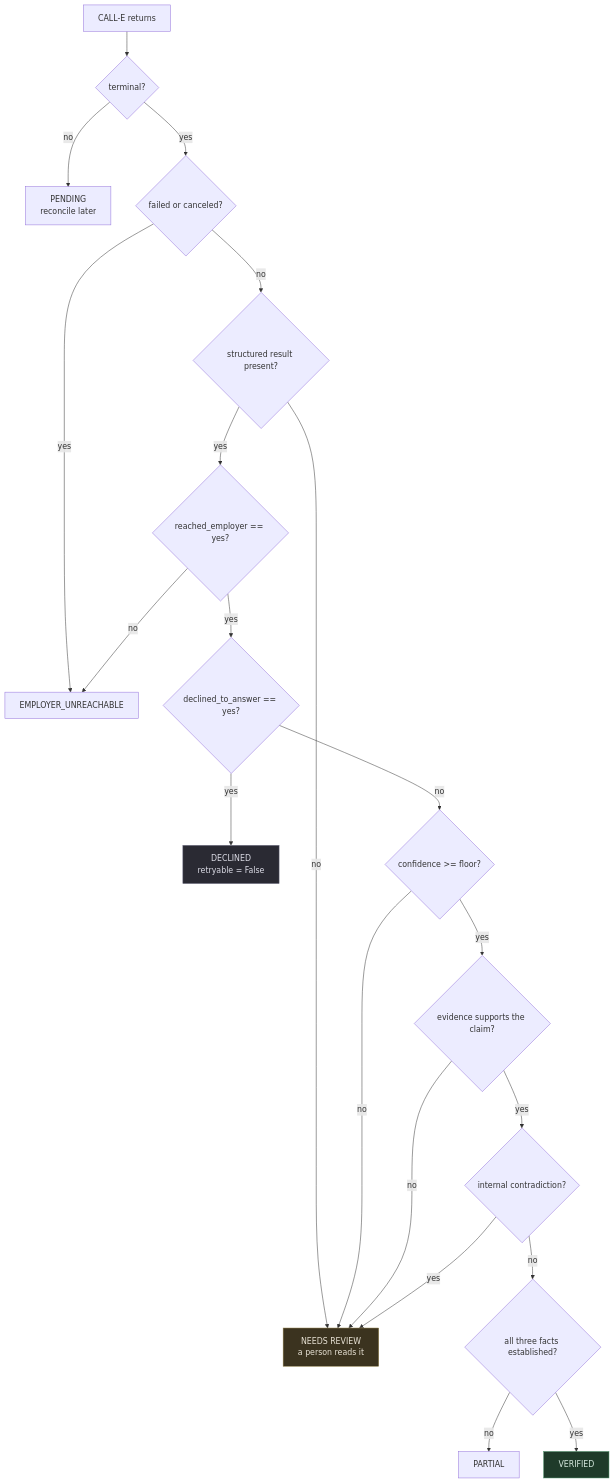
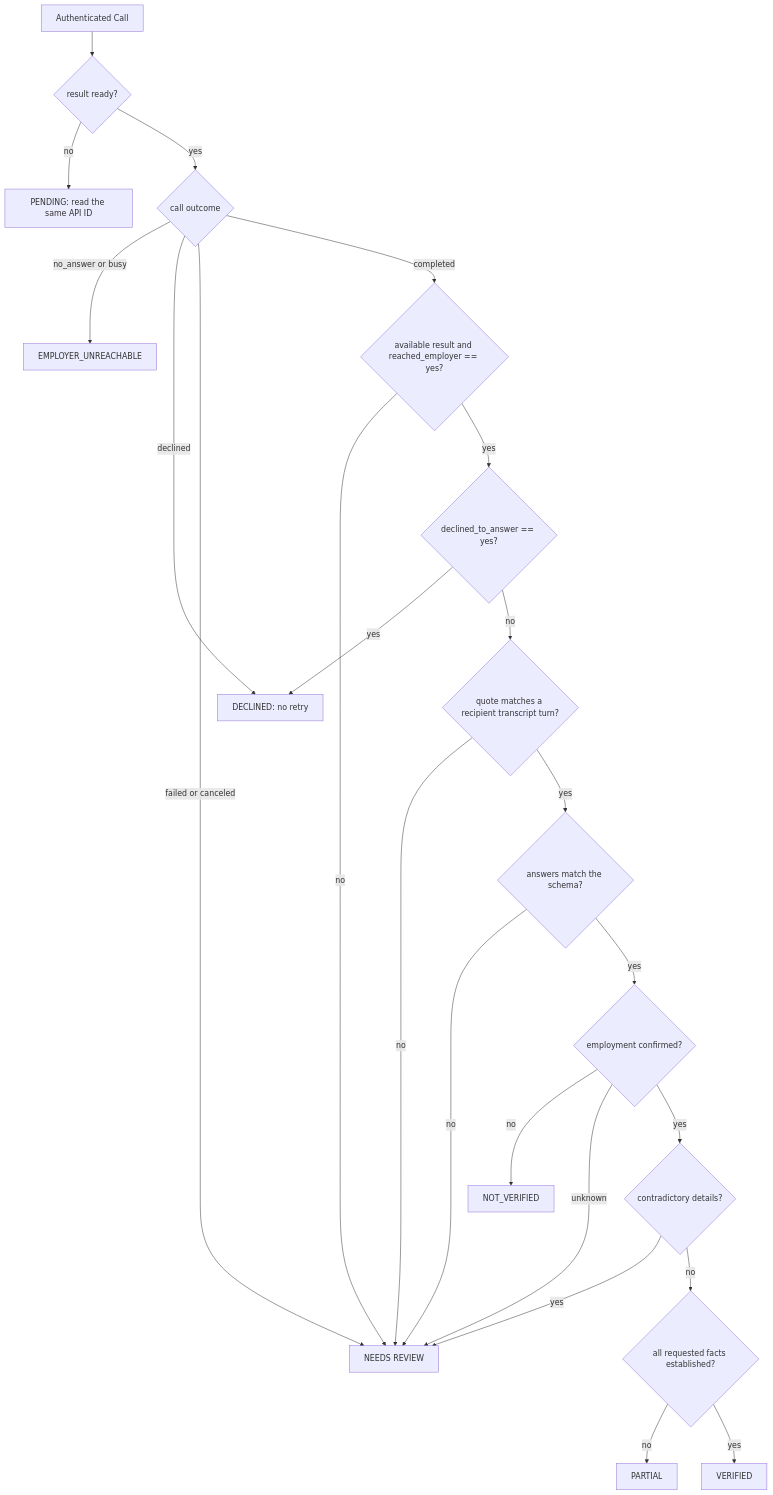
The third of 4 diagrams in plugins/airtable-calle-certa/README.md (CALLE-AI/awesome-phone-call-agents), drawn with Mermaid before and after one commit. The commit also changed other lines of this file and 14 other files, not shown here.

````diff
--- a/plugins/airtable-calle-certa/README.md
+++ b/plugins/airtable-calle-certa/README.md
@@ -197,26 +197,25 @@
 ```mermaid
 flowchart TD
-  R["CALL-E returns"] --> T{"terminal?"}
-  T -->|no| PEND["PENDING<br/>reconcile later"]
-  T -->|yes| F{"failed or canceled?"}
-  F -->|yes| UNR["EMPLOYER_UNREACHABLE"]
-  F -->|no| ST{"structured result present?"}
-  ST -->|no| NR["NEEDS REVIEW<br/>a person reads it"]
-  ST -->|yes| RE{"reached_employer == yes?"}
-  RE -->|no| UNR
-  RE -->|yes| DEC{"declined_to_answer == yes?"}
-  DEC -->|yes| DCL["DECLINED<br/>retryable = False"]
-  DEC -->|no| CONF{"confidence >= floor?"}
-  CONF -->|no| NR
-  CONF -->|yes| EV{"evidence supports the claim?"}
+  R["Authenticated Call"] --> T{"result ready?"}
+  T -->|no| PEND["PENDING: read the same API ID"]
+  T -->|yes| O{"call outcome"}
+  O -->|no_answer or busy| UNR["EMPLOYER_UNREACHABLE"]
+  O -->|declined| DCL["DECLINED: no retry"]
+  O -->|failed or canceled| NR["NEEDS REVIEW"]
+  O -->|completed| ST{"available result and reached_employer == yes?"}
+  ST -->|no| NR
+  ST -->|yes| DEC{"declined_to_answer == yes?"}
+  DEC -->|yes| DCL
+  DEC -->|no| EV{"quote matches a recipient transcript turn?"}
   EV -->|no| NR
-  EV -->|yes| CON{"internal contradiction?"}
+  EV -->|yes| VALID{"answers match the schema?"}
+  VALID -->|no| NR
+  VALID -->|yes| EMP{"employment confirmed?"}
+  EMP -->|no| NV["NOT_VERIFIED"]
+  EMP -->|unknown| NR
+  EMP -->|yes| CON{"contradictory details?"}
   CON -->|yes| NR
-  CON -->|no| EST{"all three facts established?"}
+  CON -->|no| EST{"all requested facts established?"}
   EST -->|no| PAR["PARTIAL"]
   EST -->|yes| VER["VERIFIED"]
-
-  style VER fill:#1f3b2a,stroke:#448b63,color:#d5e8dd
-  style NR fill:#3b331f,stroke:#8b7a44,color:#e8e2d5
-  style DCL fill:#2a2a33,stroke:#6a6a80,color:#dcdce6
 ```
````
